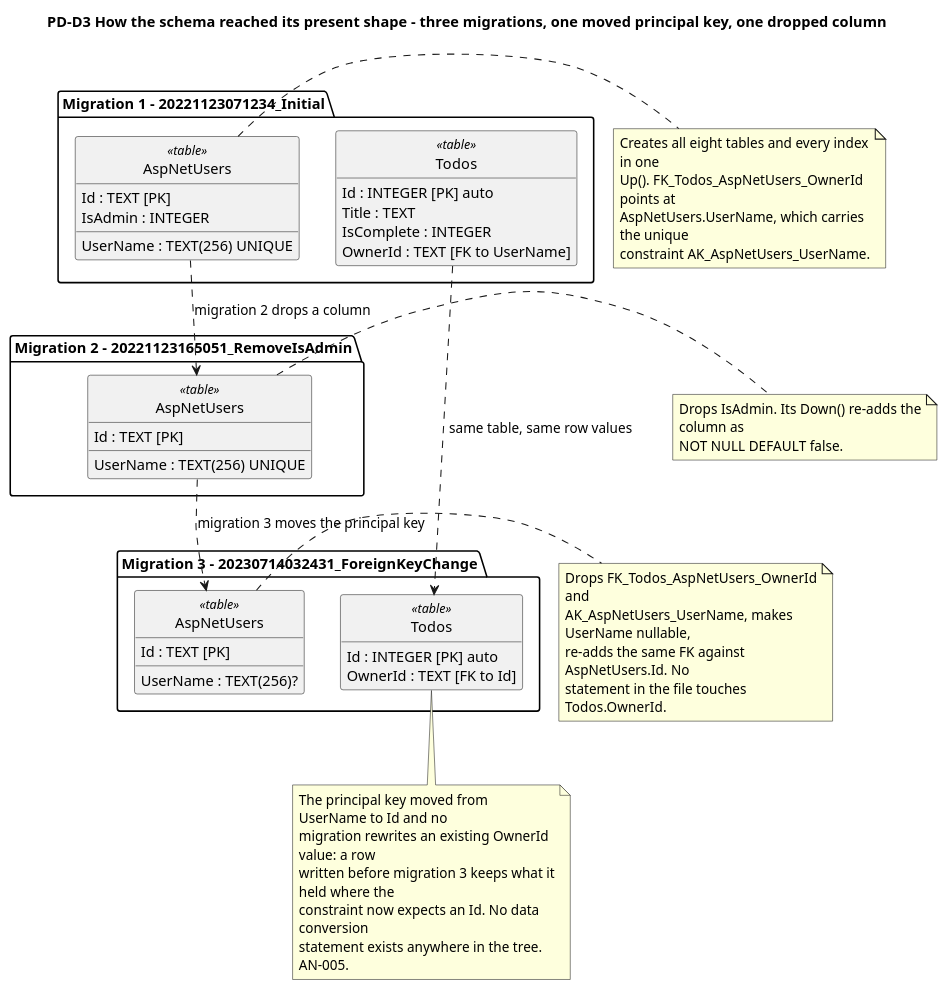
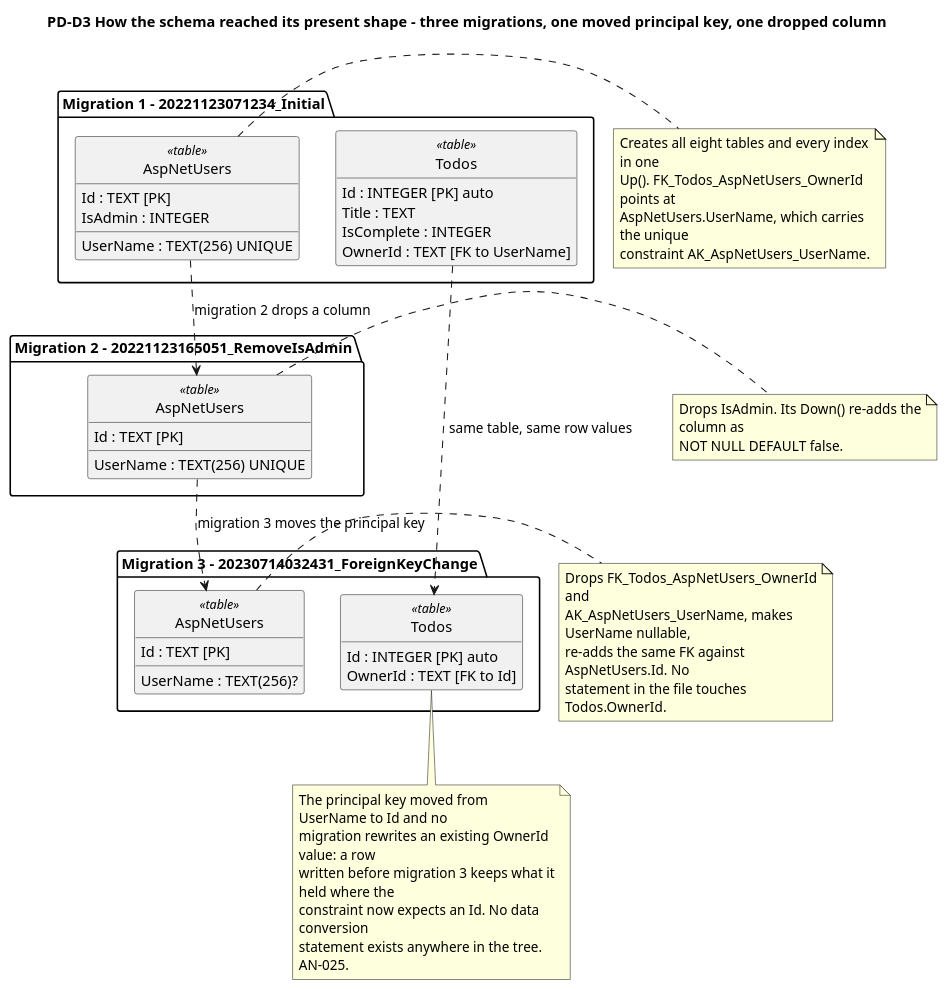
Before and after one commit to banense-test/TodoApp: the third of 15 diagrams in docs/artifacts/analysis---design/design-model.md, drawn with PlantUML. The commit also changed other lines of this file, not shown here.

Commit message:
Designer [Excavation2]: upsert Design Model
[skip ci]

````diff
--- a/docs/artifacts/analysis---design/design-model.md
+++ b/docs/artifacts/analysis---design/design-model.md
@@ -376,75 +376,75 @@
 ```plantuml
 @startuml
 title PD-D3 How the schema reached its present shape - three migrations, one moved principal key, one dropped column
 
 skinparam shadowing false
 skinparam classAttributeIconSize 0
 skinparam wrapWidth 250
 hide circle
 hide empty members
 
 package "Migration 1 - 20221123071234_Initial" {
   class "Todos" as T1 <<table>> {
     Id : INTEGER [PK] auto
     Title : TEXT
     IsComplete : INTEGER
     OwnerId : TEXT [FK to UserName]
   }
   class "AspNetUsers" as U1 <<table>> {
     Id : TEXT [PK]
     IsAdmin : INTEGER
     UserName : TEXT(256) UNIQUE
   }
 }
 
 note right of U1
   Creates all eight tables and every index in one
   Up(). FK_Todos_AspNetUsers_OwnerId points at
   AspNetUsers.UserName, which carries the unique
   constraint AK_AspNetUsers_UserName.
 end note
 
 package "Migration 2 - 20221123165051_RemoveIsAdmin" {
   class "AspNetUsers" as U2 <<table>> {
     Id : TEXT [PK]
     UserName : TEXT(256) UNIQUE
   }
 }
 
 note right of U2
   Drops IsAdmin. Its Down() re-adds the column as
   NOT NULL DEFAULT false.
 end note
 
 package "Migration 3 - 20230714032431_ForeignKeyChange" {
   class "Todos" as T3 <<table>> {
     Id : INTEGER [PK] auto
     OwnerId : TEXT [FK to Id]
   }
   class "AspNetUsers" as U3 <<table>> {
     Id : TEXT [PK]
     UserName : TEXT(256)?
   }
 }
 
 note right of U3
   Drops FK_Todos_AspNetUsers_OwnerId and
   AK_AspNetUsers_UserName, makes UserName nullable,
   re-adds the same FK against AspNetUsers.Id. No
   statement in the file touches Todos.OwnerId.
 end note
 
 U1 ..> U2 : migration 2 drops a column
 U2 ..> U3 : migration 3 moves the principal key
 T1 ..> T3 : same table, same row values
 
 note bottom of T3
   The principal key moved from UserName to Id and no
   migration rewrites an existing OwnerId value: a row
   written before migration 3 keeps what it held where the
   constraint now expects an Id. No data conversion
-  statement exists anywhere in the tree. AN-005.
+  statement exists anywhere in the tree. AN-025.
 end note
 
 @enduml
 ```
````
